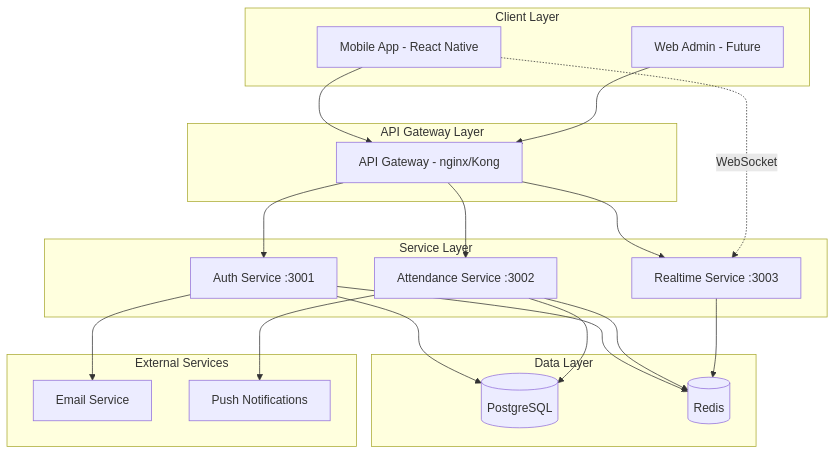
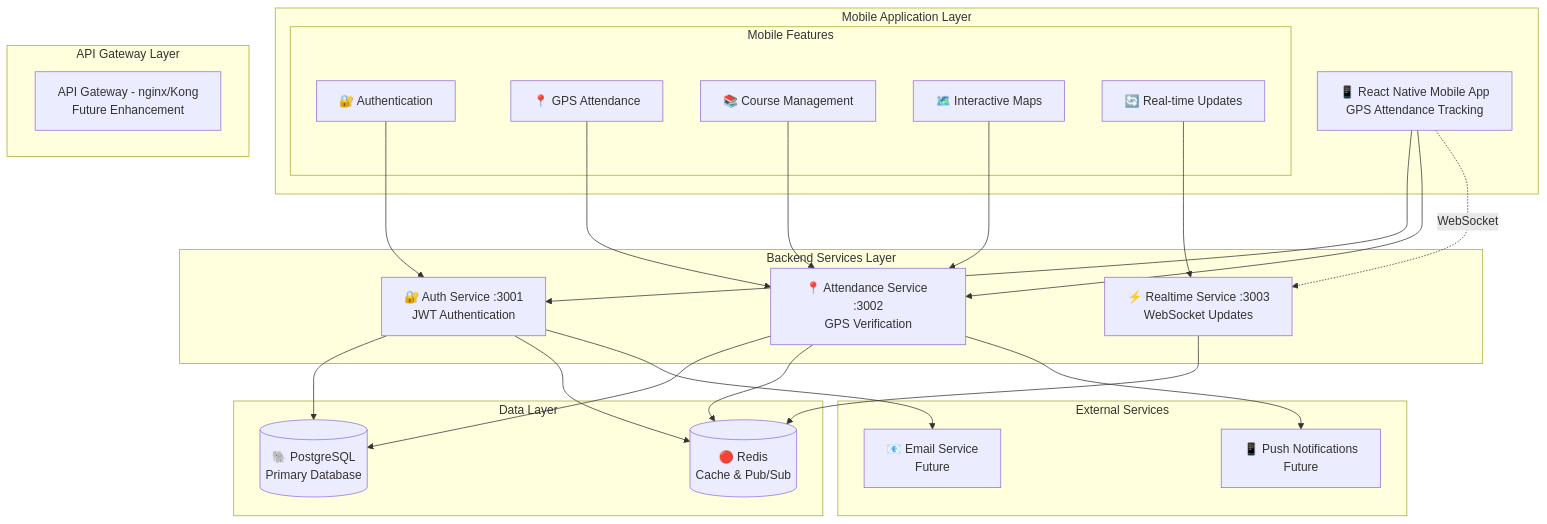
One commit to borakport/attendance-tracker changed the diagram in docs/ARCHITECTURE.md. Above: the diagram before and after it, drawn with Mermaid. The commit also changed other lines of this file and 41 other files, not shown here.

First line of the commit message:
Complete Mobile App Implementation with Role-Based UI, Missing Screens, and GPS Fix

````diff
--- a/docs/ARCHITECTURE.md
+++ b/docs/ARCHITECTURE.md
@@ -8,41 +8,49 @@
 ```mermaid
 graph TB
-    subgraph "Client Layer"
-        MA[Mobile App - React Native]
-        WA[Web Admin - Future]
+    subgraph "Mobile Application Layer"
+        MA[📱 React Native Mobile App<br/>GPS Attendance Tracking]
+        subgraph "Mobile Features"
+            MF1[🔐 Authentication]
+            MF2[📍 GPS Attendance]
+            MF3[📚 Course Management]
+            MF4[🗺️ Interactive Maps]
+            MF5[🔄 Real-time Updates]
+        end
     end
     
     subgraph "API Gateway Layer"
-        AG[API Gateway - nginx/Kong]
+        AG[API Gateway - nginx/Kong<br/>Future Enhancement]
     end
     
-    subgraph "Service Layer"
-        AS[Auth Service :3001]
-        ATS[Attendance Service :3002]
-        RS[Realtime Service :3003]
+    subgraph "Backend Services Layer"
+        AS[🔐 Auth Service :3001<br/>JWT Authentication]
+        ATS[📍 Attendance Service :3002<br/>GPS Verification]
+        RS[⚡ Realtime Service :3003<br/>WebSocket Updates]
     end
     
     subgraph "Data Layer"
-        PG[(PostgreSQL)]
-        RD[(Redis)]
+        PG[(🐘 PostgreSQL<br/>Primary Database)]
+        RD[(🔴 Redis<br/>Cache & Pub/Sub)]
     end
     
     subgraph "External Services"
-        ES[Email Service]
-        PS[Push Notifications]
+        ES[📧 Email Service<br/>Future]
+        PS[📱 Push Notifications<br/>Future]
     end
     
-    MA --> AG
-    WA --> AG
-    AG --> AS
-    AG --> ATS
-    AG --> RS
+    MA --> AS
+    MA --> ATS
+    MA -.WebSocket.-> RS
+    MF1 --> AS
+    MF2 --> ATS
+    MF3 --> ATS
+    MF4 --> ATS
+    MF5 --> RS
     AS --> PG
     AS --> RD
     ATS --> PG
     ATS --> RD
     RS --> RD
     AS --> ES
     ATS --> PS
-    MA -.WebSocket.-> RS
 ```
````
